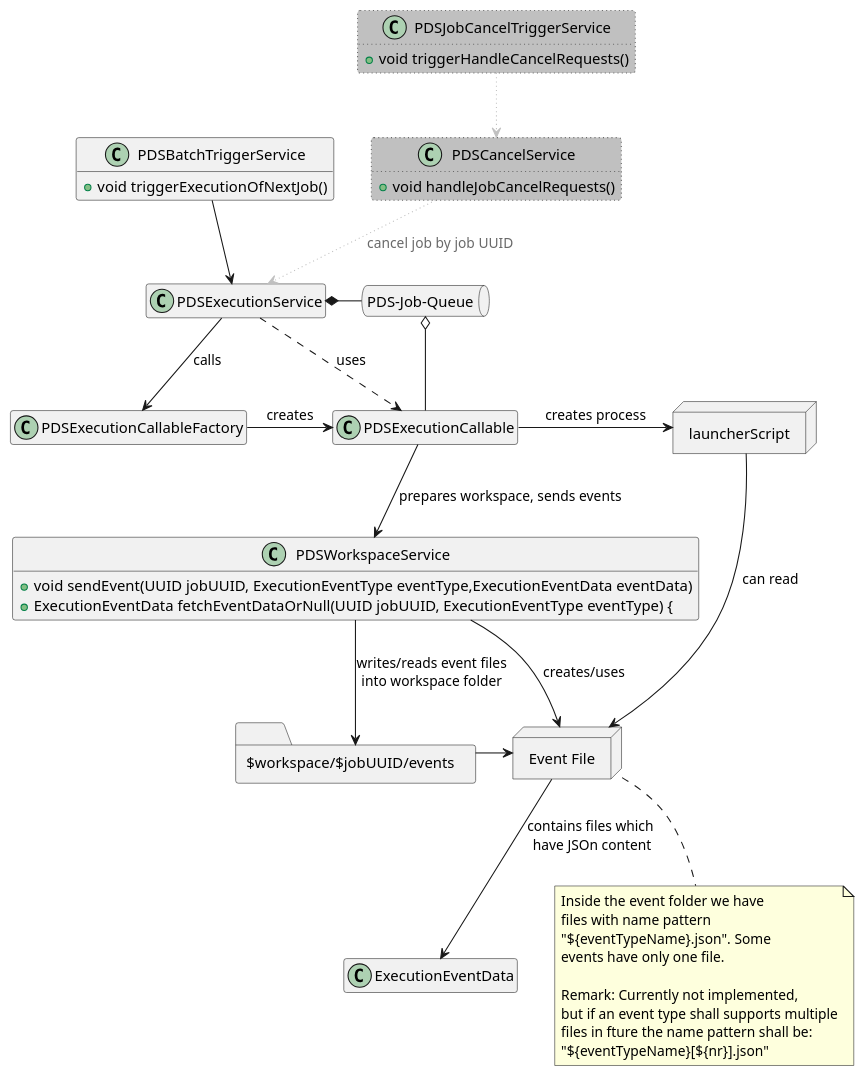
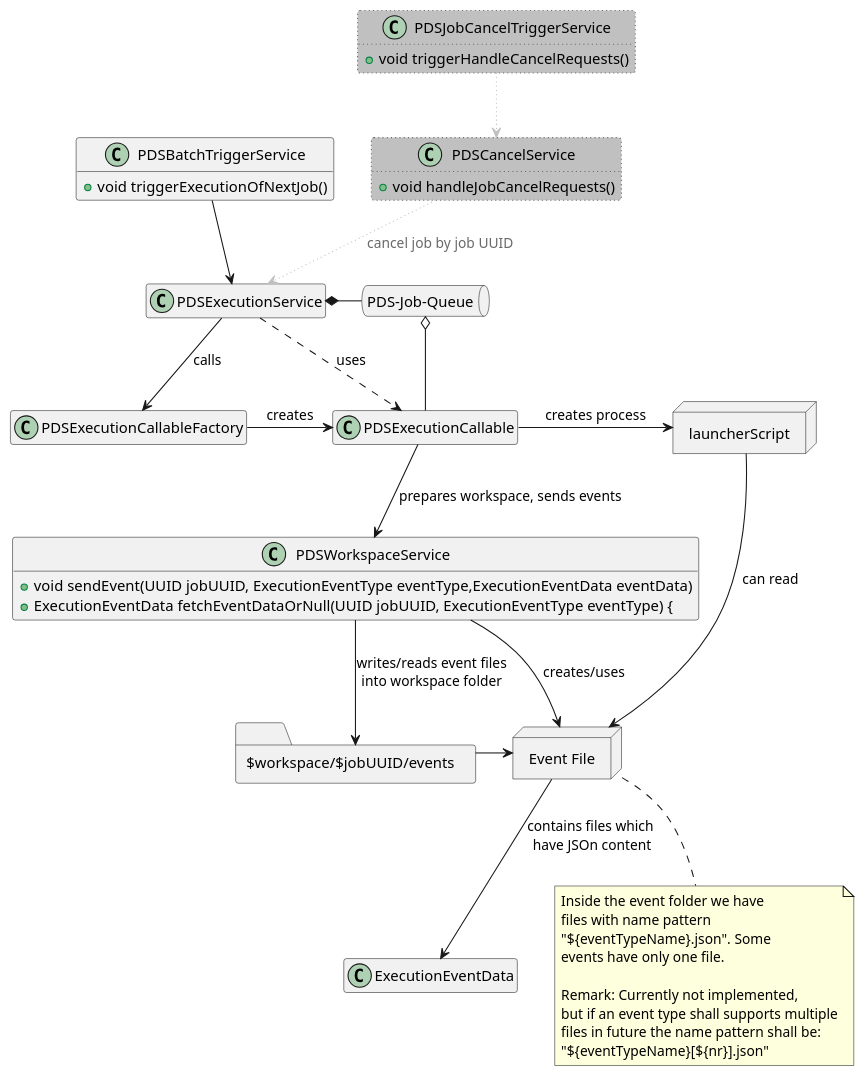
One commit to mercedes-benz/sechub changed the diagram in sechub-doc/src/docs/asciidoc/diagrams/diagram_pds_events_storage.puml. Above: the diagram before and after it, drawn with PlantUML. The commit also changed 71 other files, not shown here.

```diff
--- a/sechub-doc/src/docs/asciidoc/diagrams/diagram_pds_events_storage.puml
+++ b/sechub-doc/src/docs/asciidoc/diagrams/diagram_pds_events_storage.puml
@@ -2,78 +2,78 @@
 @startuml
 
 'Hide empty parts:
 hide empty fields
 hide empty methods
 
 
 class PDSWorkspaceService {
       + void sendEvent(UUID jobUUID, ExecutionEventType eventType,ExecutionEventData eventData)
       + ExecutionEventData fetchEventDataOrNull(UUID jobUUID, ExecutionEventType eventType) {
 }
 
 class ExecutionEventData{
 }
 
 folder $workspace/$jobUUID/events as eventFolder {
 }
 
 queue PDS-Job-Queue as queue{
 }
 
 class PDSExecutionCallableFactory{
 }
 class PDSExecutionCallable{
 }
 
 node launcherScript as launcherScript{
 }
 node launcherScript as launcherScript{
 }
 
 node "Event File" as eventFile{
 }
 
 class PDSBatchTriggerService{
     + void triggerExecutionOfNextJob()
 }
 
 class PDSJobCancelTriggerService #silver ##[dotted]dimgrey {
   + void triggerHandleCancelRequests()
 }
 
 class PDSCancelService #silver  ##[dotted]dimgrey{
   + void handleJobCancelRequests()
 }
 
 PDSBatchTriggerService --> PDSExecutionService
 
 PDSJobCancelTriggerService --> PDSCancelService #silver;line.dotted;text:dimgrey
 PDSCancelService --> PDSExecutionService  #silver;line.dotted;text:dimgrey : cancel job by job UUID
  
 PDSExecutionCallableFactory -> PDSExecutionCallable : creates
 PDSWorkspaceService -> eventFile : creates/uses
 PDSWorkspaceService --> eventFolder: writes/reads event files\ninto workspace folder
 eventFolder -> eventFile
 eventFile --> ExecutionEventData: contains files which \nhave JSOn content
 
 launcherScript ---> eventFile : can read
 PDSExecutionCallable -> launcherScript : creates process
 PDSExecutionCallable -> PDSWorkspaceService : prepares workspace, sends events 
 PDSExecutionService --> PDSExecutionCallableFactory: calls
 PDSExecutionService ..> PDSExecutionCallable: uses
 PDSExecutionService *- queue
 queue o-- PDSExecutionCallable
 
 note bottom of eventFile
     Inside the event folder we have
     files with name pattern
     "${eventTypeName}.json". Some
     events have only one file.
     
     Remark: Currently not implemented,
     but if an event type shall supports multiple
-    files in fture the name pattern shall be:
+    files in future the name pattern shall be:
     "${eventTypeName}[${nr}].json"
 end note
 
 @enduml
```
